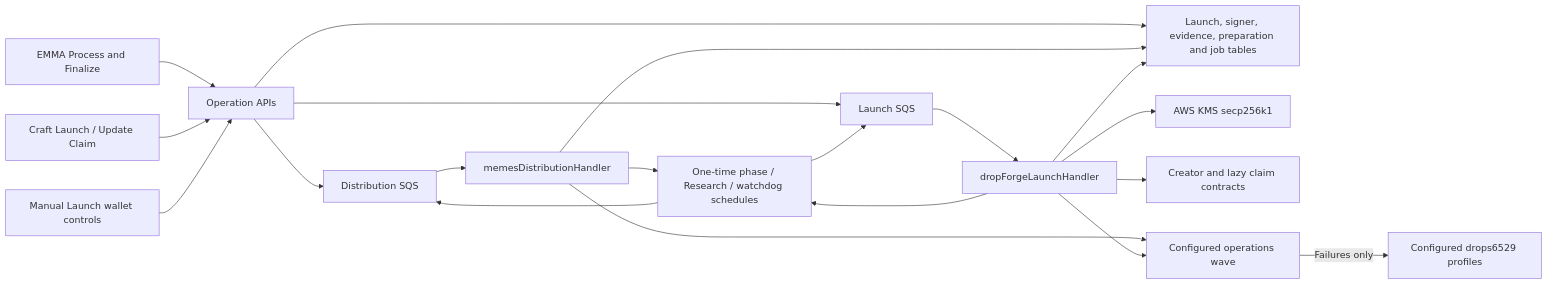
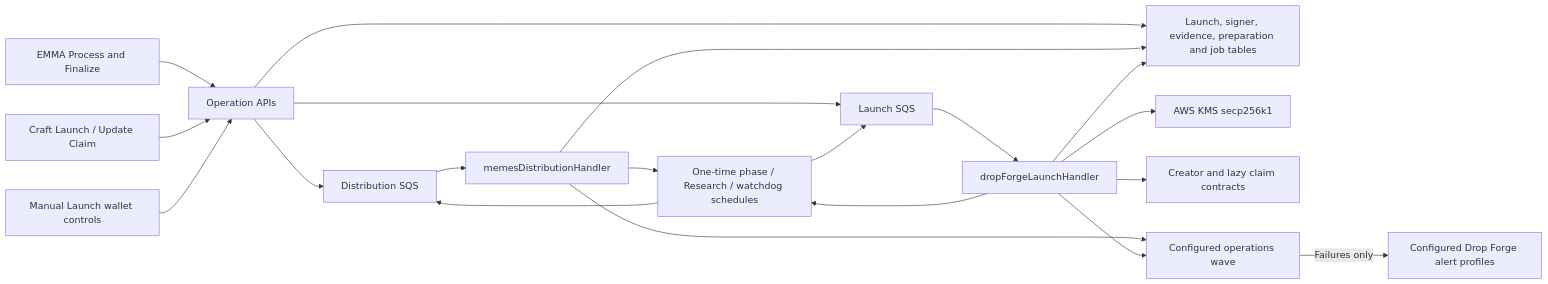
The fourth of 4 diagrams in docs/architecture.md (6529-Collections/6529seize-backend), drawn with Mermaid before and after one commit. The commit also changed other lines of this file and 15 other files, not shown here.

Commit message:
Separate Drop Forge bot and alert mentions

````diff
--- a/docs/architecture.md
+++ b/docs/architecture.md
@@ -2397,22 +2397,22 @@
 ```mermaid
 flowchart LR
   EMMA[EMMA Process and Finalize] --> API[Operation APIs]
   Craft[Craft Launch / Update Claim] --> API
   Manual[Manual Launch wallet controls] --> API
   API --> DB[Launch, signer, evidence, preparation and job tables]
   API --> PrepQueue[Distribution SQS]
   API --> LaunchQueue[Launch SQS]
   PrepQueue --> Prep[memesDistributionHandler]
   LaunchQueue --> Worker[dropForgeLaunchHandler]
   Worker --> Scheduler[One-time phase / Research / watchdog schedules]
   Prep --> Scheduler
   Scheduler --> PrepQueue
   Scheduler --> LaunchQueue
   Prep --> DB
   Worker --> DB
   Worker --> KMS[AWS KMS secp256k1]
   Worker --> Chain[Creator and lazy claim contracts]
   Prep --> Wave[Configured operations wave]
   Worker --> Wave
-  Wave -->|Failures only| Alerts[Configured drops6529 profiles]
+  Wave -->|Failures only| Alerts[Configured Drop Forge alert profiles]
 ```
````
